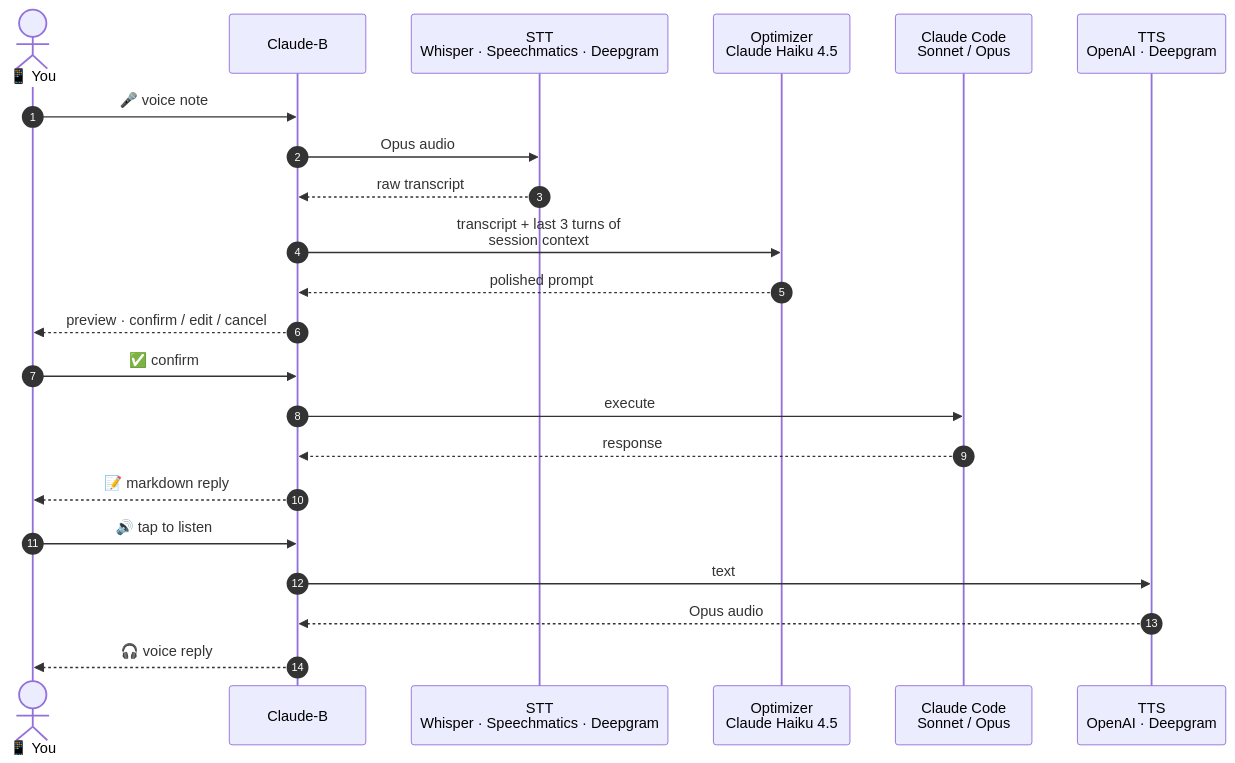
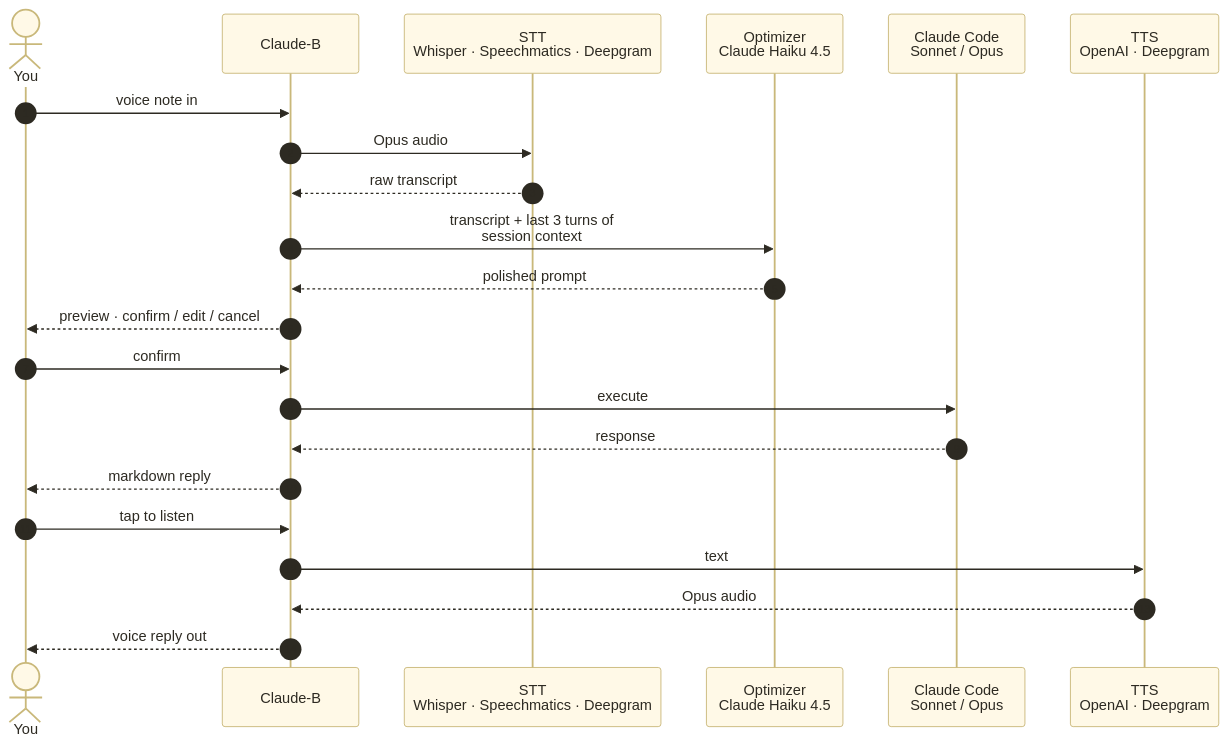
Before and after one commit to danimoya/Claude-B: the diagram in assets/voice-pipeline.mmd, drawn with Mermaid. The commit also changed 3 other files, not shown here.

First line of the commit message:
Re-theme voice pipeline diagram with warm-white background

```diff
--- a/assets/voice-pipeline.mmd
+++ b/assets/voice-pipeline.mmd
@@ -1,23 +1,46 @@
+%%{init: {'theme':'base', 'themeVariables': {
+  'background': '#fdf7e9',
+  'primaryColor': '#fff9e7',
+  'primaryTextColor': '#2d2a22',
+  'primaryBorderColor': '#c9b87a',
+  'lineColor': '#8a7338',
+  'secondaryColor': '#fff2c6',
+  'tertiaryColor': '#fdf7e9',
+  'actorBkg': '#fff9e7',
+  'actorBorder': '#c9b87a',
+  'actorTextColor': '#2d2a22',
+  'activationBkgColor': '#fff2c6',
+  'activationBorderColor': '#c9b87a',
+  'noteBkgColor': '#fff9e7',
+  'noteBorderColor': '#c9b87a',
+  'signalColor': '#2d2a22',
+  'signalTextColor': '#2d2a22',
+  'labelBoxBkgColor': '#fff9e7',
+  'labelBoxBorderColor': '#c9b87a',
+  'labelTextColor': '#2d2a22',
+  'loopTextColor': '#2d2a22',
+  'sequenceNumberColor': '#2d2a22'
+}}}%%
 sequenceDiagram
     autonumber
-    actor U as 📱 You
+    actor U as You
     participant B as Claude-B
     participant STT as STT<br/>Whisper · Speechmatics · Deepgram
     participant O as Optimizer<br/>Claude Haiku 4.5
     participant C as Claude Code<br/>Sonnet / Opus
     participant T as TTS<br/>OpenAI · Deepgram
 
-    U->>B: 🎤 voice note
+    U->>B: voice note in
     B->>STT: Opus audio
     STT-->>B: raw transcript
     B->>O: transcript + last 3 turns of<br/>session context
     O-->>B: polished prompt
     B-->>U: preview · confirm / edit / cancel
-    U->>B: ✅ confirm
+    U->>B: confirm
     B->>C: execute
     C-->>B: response
-    B-->>U: 📝 markdown reply
-    U->>B: 🔊 tap to listen
+    B-->>U: markdown reply
+    U->>B: tap to listen
     B->>T: text
     T-->>B: Opus audio
-    B-->>U: 🎧 voice reply
+    B-->>U: voice reply out
```
